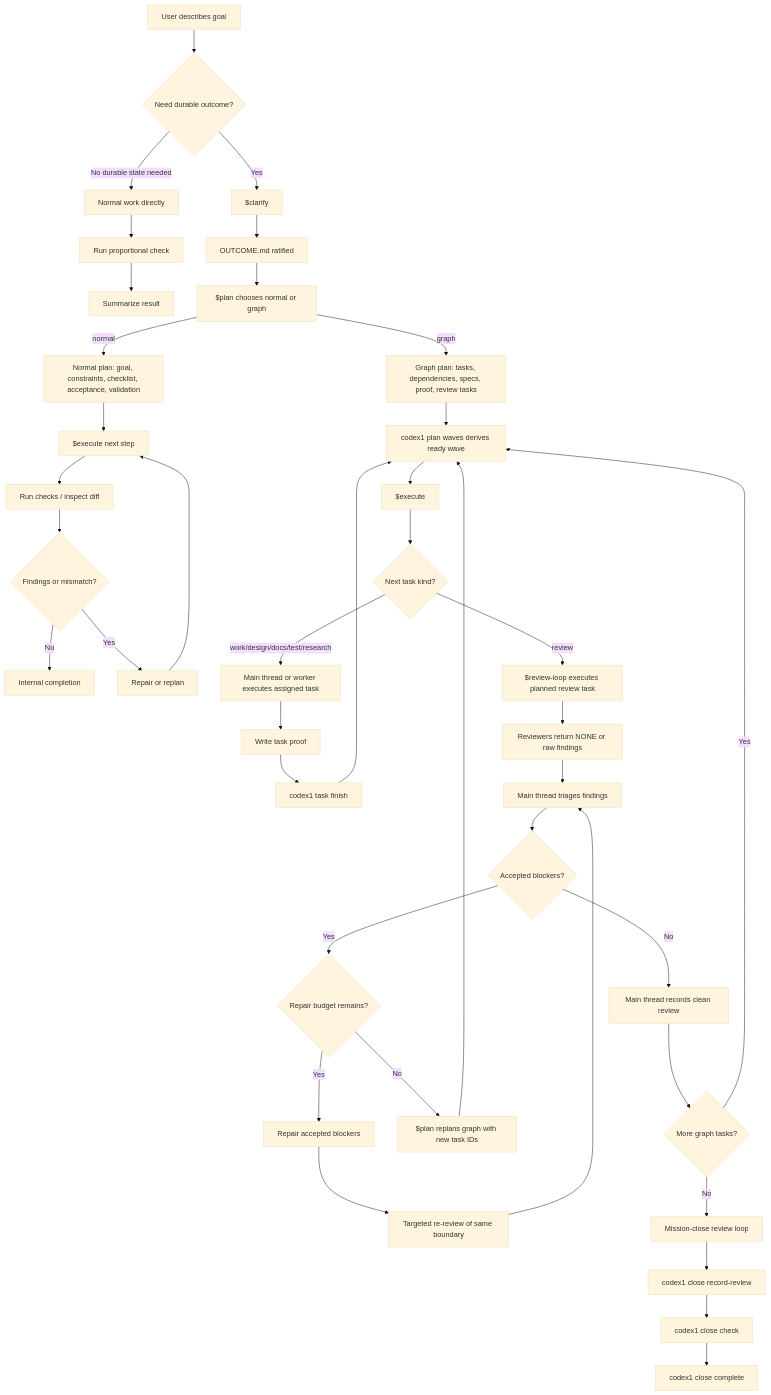
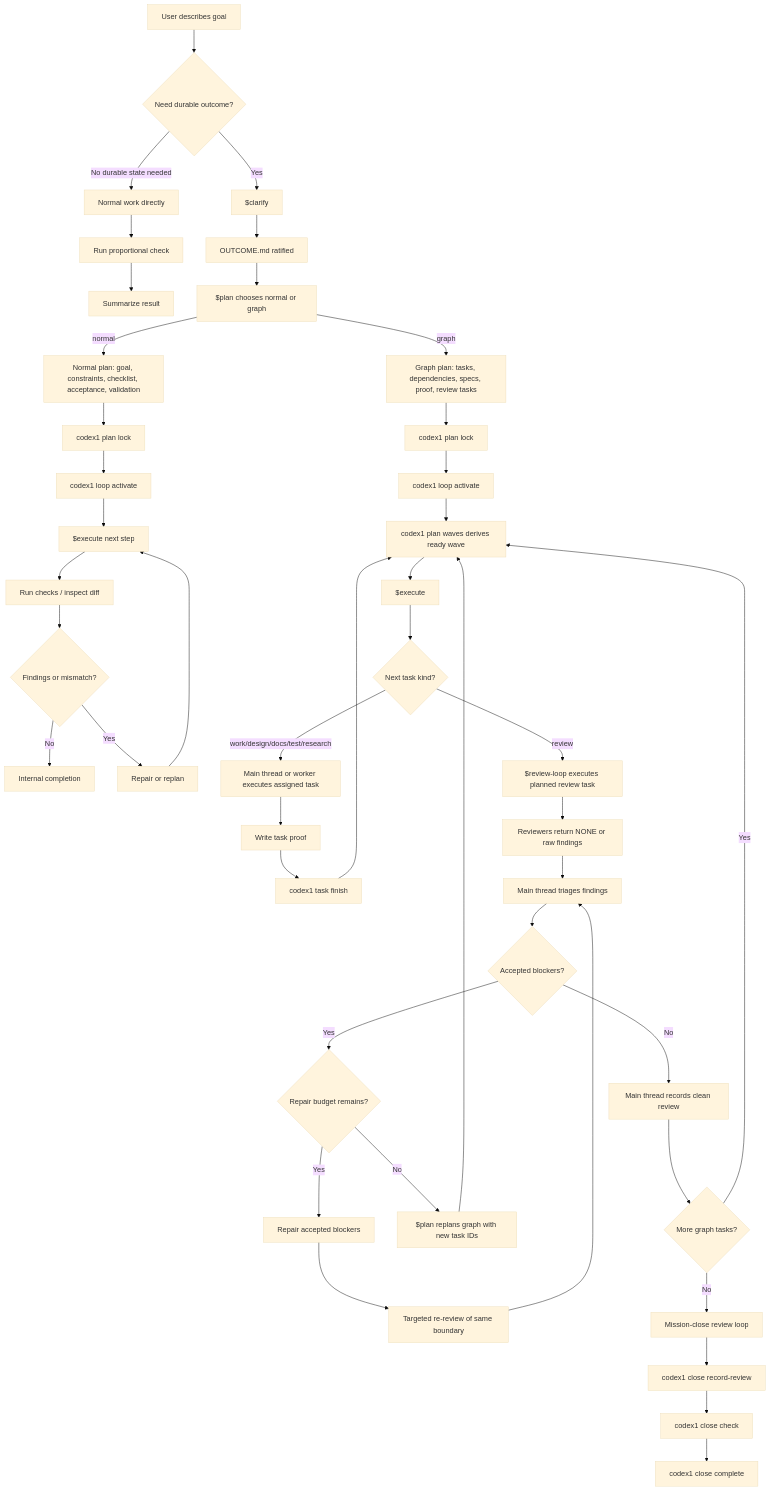
The first of 7 diagrams in docs/codex1-rebuild-handoff/01-product-flow.md (JoelEmanuelNilsson/codex1), drawn with Mermaid (base theme) before and after one commit. The commit also changed other lines of this file and 9 other files, not shown here.

````diff
--- a/docs/codex1-rebuild-handoff/01-product-flow.md
+++ b/docs/codex1-rebuild-handoff/01-product-flow.md
@@ -49,45 +49,49 @@
 ```mermaid
 flowchart TD
     User["User describes goal"] --> ClarifyNeeded{"Need durable outcome?"}
     ClarifyNeeded -->|No durable state needed| DirectNormal["Normal work directly"]
     DirectNormal --> DirectProof["Run proportional check"]
     DirectProof --> DirectDone["Summarize result"]
 
     ClarifyNeeded -->|Yes| Clarify["$clarify"]
     Clarify --> Outcome["OUTCOME.md ratified"]
     Outcome --> ChooseMode["$plan chooses normal or graph"]
 
     ChooseMode -->|normal| NormalPlan["Normal plan: goal, constraints, checklist, acceptance, validation"]
-    NormalPlan --> NormalExecute["$execute next step"]
+    NormalPlan --> NormalLock["codex1 plan lock"]
+    NormalLock --> NormalActivate["codex1 loop activate"]
+    NormalActivate --> NormalExecute["$execute next step"]
     NormalExecute --> NormalCheck["Run checks / inspect diff"]
     NormalCheck --> NormalReview{"Findings or mismatch?"}
     NormalReview -->|No| NormalDone["Internal completion"]
     NormalReview -->|Yes| NormalRepair["Repair or replan"]
     NormalRepair --> NormalExecute
 
     ChooseMode -->|graph| GraphPlan["Graph plan: tasks, dependencies, specs, proof, review tasks"]
-    GraphPlan --> Waves["codex1 plan waves derives ready wave"]
+    GraphPlan --> GraphLock["codex1 plan lock"]
+    GraphLock --> GraphActivate["codex1 loop activate"]
+    GraphActivate --> Waves["codex1 plan waves derives ready wave"]
     Waves --> Execute["$execute"]
     Execute --> Kind{"Next task kind?"}
     Kind -->|work/design/docs/test/research| Work["Main thread or worker executes assigned task"]
     Kind -->|review| ReviewTask["$review-loop executes planned review task"]
     Work --> Proof["Write task proof"]
     Proof --> Finish["codex1 task finish"]
     Finish --> Waves
     ReviewTask --> ReviewResult["Reviewers return NONE or raw findings"]
     ReviewResult --> Triage["Main thread triages findings"]
     Triage --> Accepted{"Accepted blockers?"}
     Accepted -->|No| RecordClean["Main thread records clean review"]
     Accepted -->|Yes| Budget{"Repair budget remains?"}
     Budget -->|Yes| Repair["Repair accepted blockers"]
     Budget -->|No| Replan["$plan replans graph with new task IDs"]
     Repair --> ReReview["Targeted re-review of same boundary"]
     ReReview --> Triage
     Replan --> Waves
     RecordClean --> More{"More graph tasks?"}
     More -->|Yes| Waves
     More -->|No| MissionCloseReview["Mission-close review loop"]
     MissionCloseReview --> RecordCloseReview["codex1 close record-review"]
     RecordCloseReview --> CloseCheck["codex1 close check"]
     CloseCheck --> Complete["codex1 close complete"]
 ```
````
